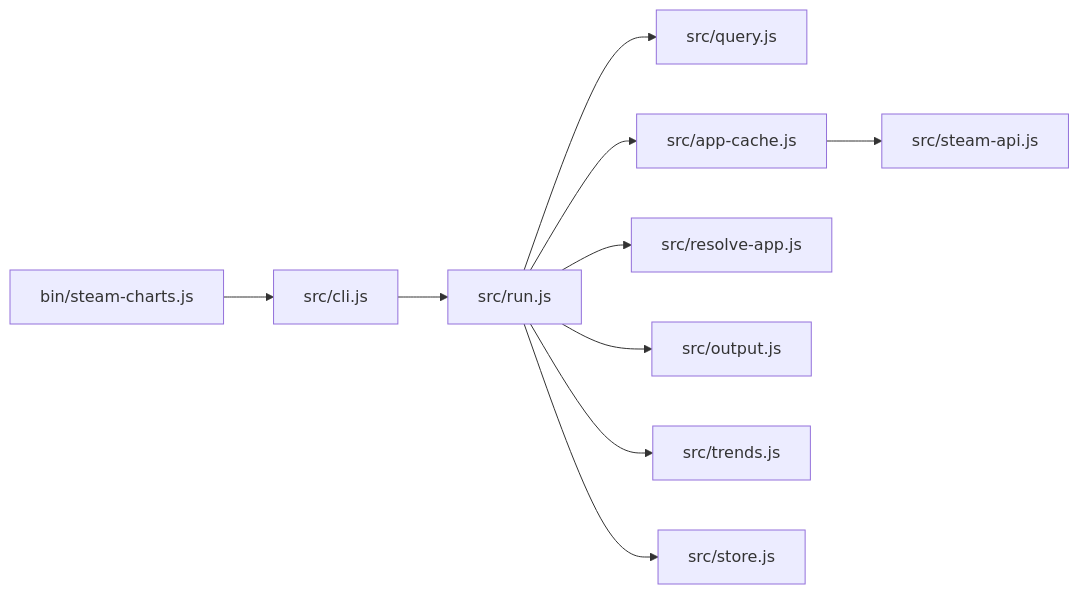
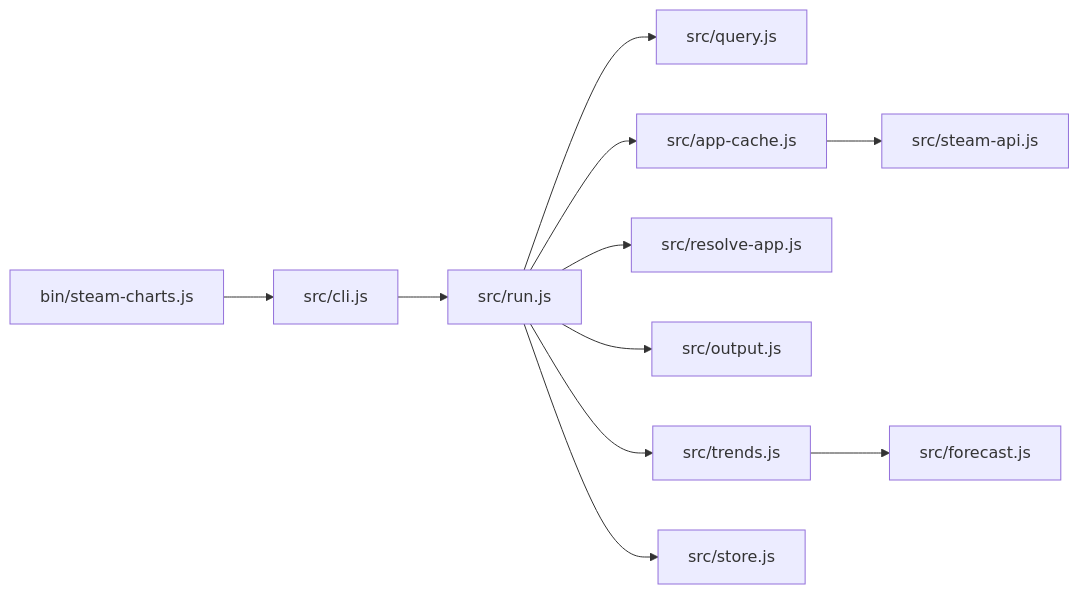
The diagram in README.md (ogamircs/steam_charts_cli), drawn with Mermaid before and after one commit. The commit also changed other lines of this file and 15 other files, not shown here.

````diff
--- a/README.md
+++ b/README.md
@@ -249,12 +259,13 @@
 ```mermaid
 flowchart LR
   A["bin/steam-charts.js"] --> B["src/cli.js"]
   B --> C["src/run.js"]
   C --> D["src/query.js"]
   C --> E["src/app-cache.js"]
   E --> F["src/steam-api.js"]
   C --> G["src/resolve-app.js"]
   C --> H["src/output.js"]
   C --> I["src/trends.js"]
-  C --> J["src/store.js"]
+  I --> J["src/forecast.js"]
+  C --> K["src/store.js"]
 ```
````
